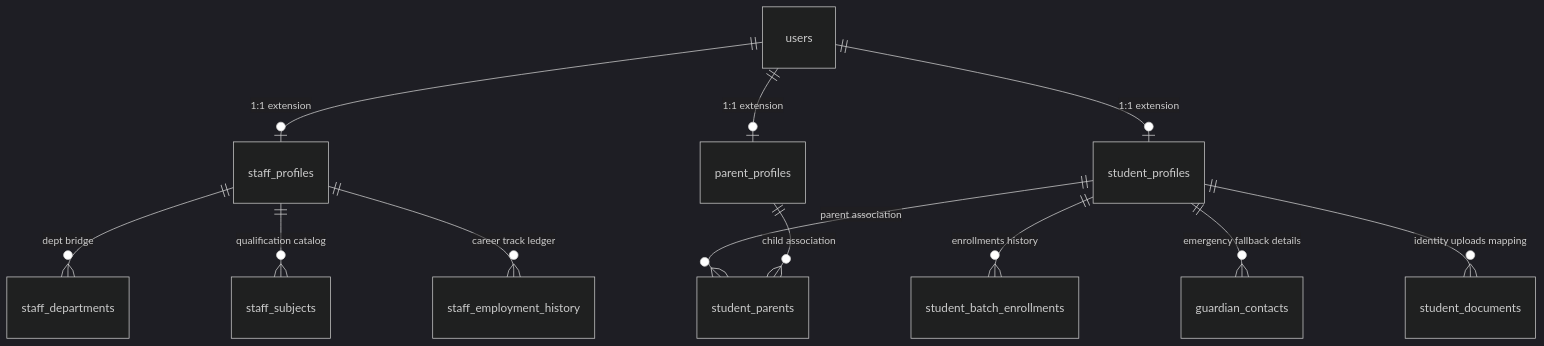
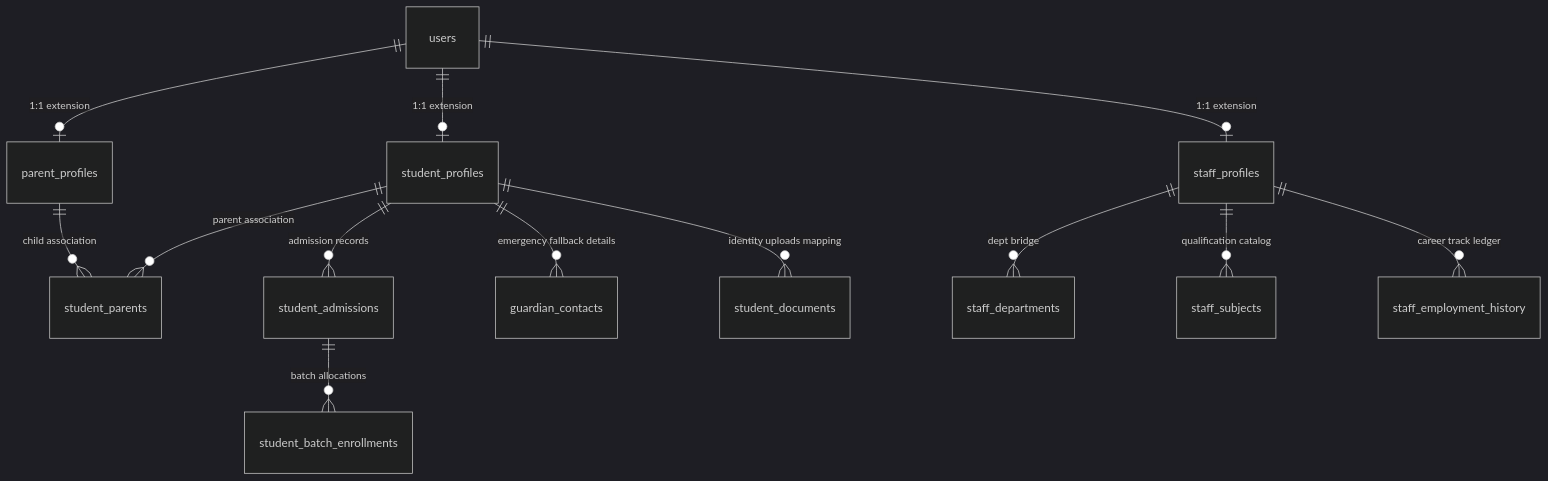
One commit to JOYJK348/NEET-SAAS changed the diagram in database/04-people/README.md. Above: the diagram before and after it, drawn with Mermaid (dark theme). The commit also changed other lines of this file and 72 other files, not shown here.

````diff
--- a/database/04-people/README.md
+++ b/database/04-people/README.md
@@ -8,17 +8,18 @@
 ```mermaid
 erDiagram
     users ||--o| staff_profiles : "1:1 extension"
     users ||--o| student_profiles : "1:1 extension"
     users ||--o| parent_profiles : "1:1 extension"
     
     student_profiles ||--o{ student_parents : "parent association"
     parent_profiles ||--o{ student_parents : "child association"
     
-    student_profiles ||--o{ student_batch_enrollments : "enrollments history"
+    student_profiles ||--o{ student_admissions : "admission records"
+    student_admissions ||--o{ student_batch_enrollments : "batch allocations"
     student_profiles ||--o{ guardian_contacts : "emergency fallback details"
     student_profiles ||--o{ student_documents : "identity uploads mapping"
     
     staff_profiles ||--o{ staff_departments : "dept bridge"
     staff_profiles ||--o{ staff_subjects : "qualification catalog"
     staff_profiles ||--o{ staff_employment_history : "career track ledger"
 ```
````
